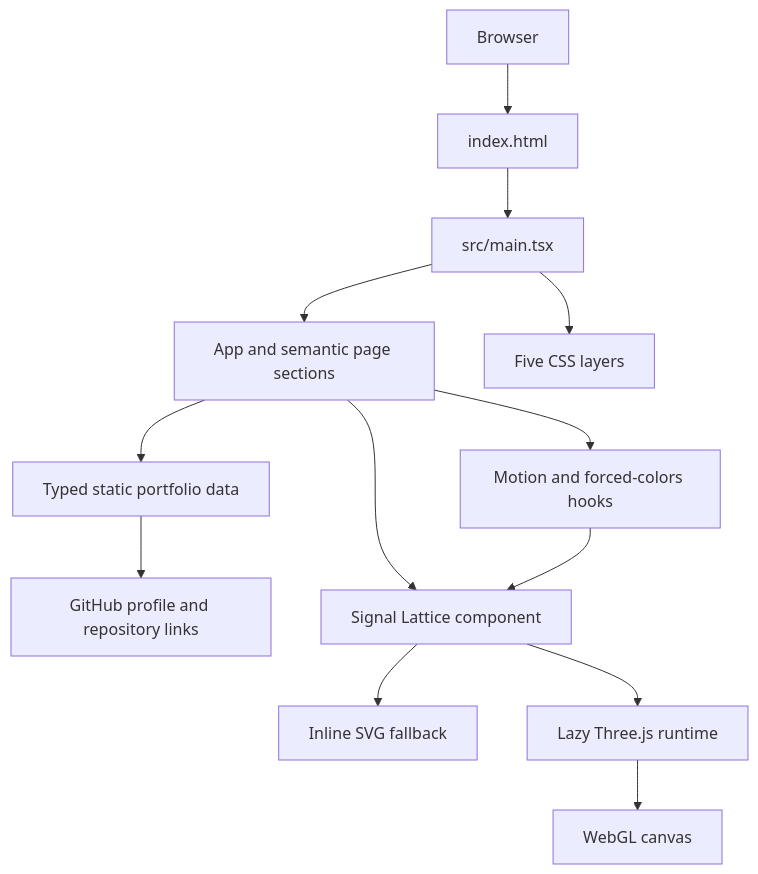
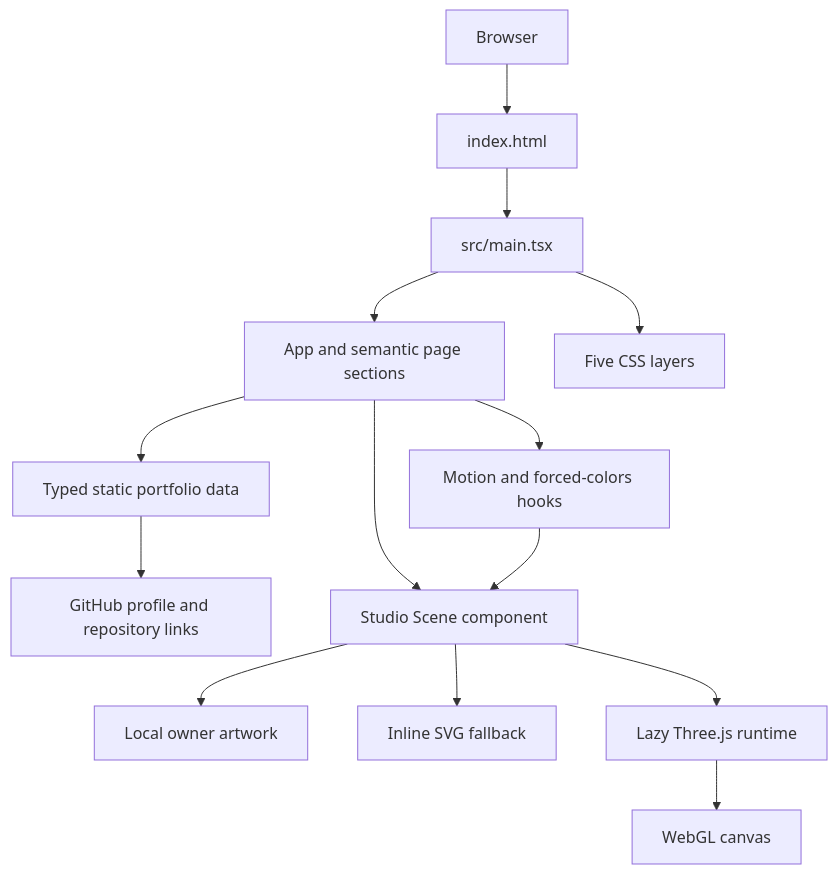
The diagram in docs/system-architecture.md (JasonTM17/nguyen_son), drawn with Mermaid before and after one commit. The commit also changed other lines of this file and 28 other files, not shown here.

````diff
--- a/docs/system-architecture.md
+++ b/docs/system-architecture.md
@@ -7,15 +7,16 @@
 ```mermaid
 flowchart TD
     B[Browser] --> H[index.html]
     H --> M[src/main.tsx]
     M --> A[App and semantic page sections]
     M --> S[Five CSS layers]
     A --> D[Typed static portfolio data]
     D --> G[GitHub profile and repository links]
     A --> P[Motion and forced-colors hooks]
-    A --> V[Signal Lattice component]
+    A --> V[Studio Scene component]
+    V --> I[Local owner artwork]
     P --> V
     V --> F[Inline SVG fallback]
     V --> R[Lazy Three.js runtime]
     R --> C[WebGL canvas]
 ```
````
